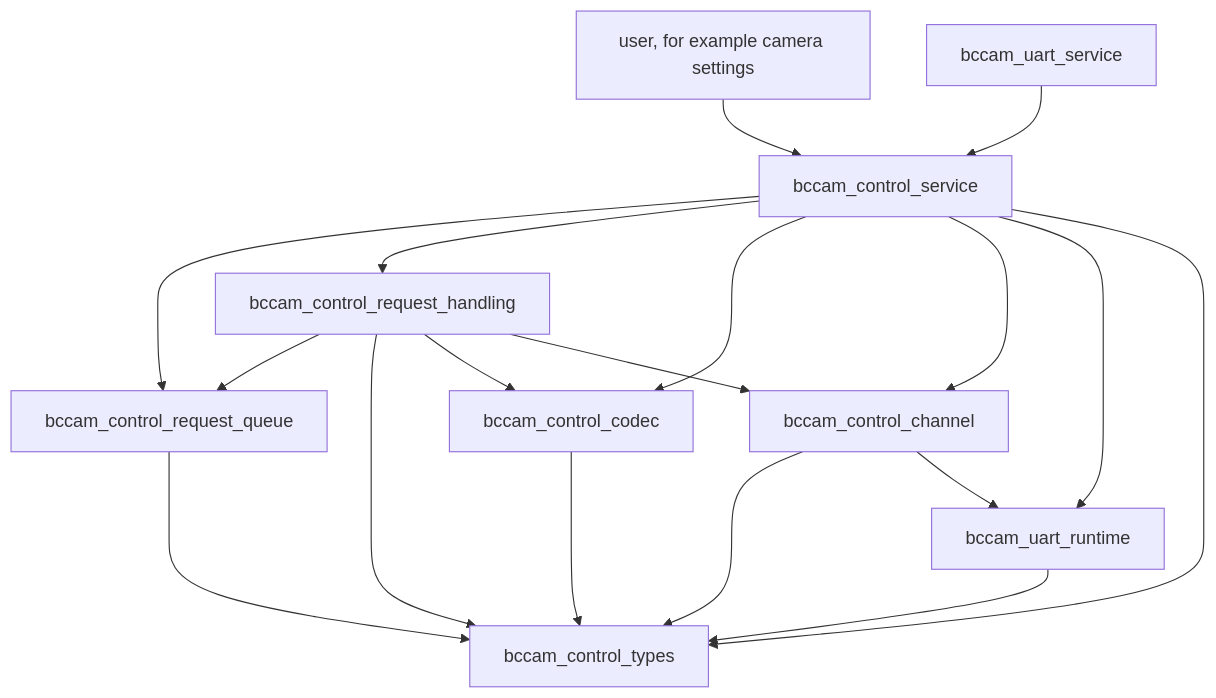
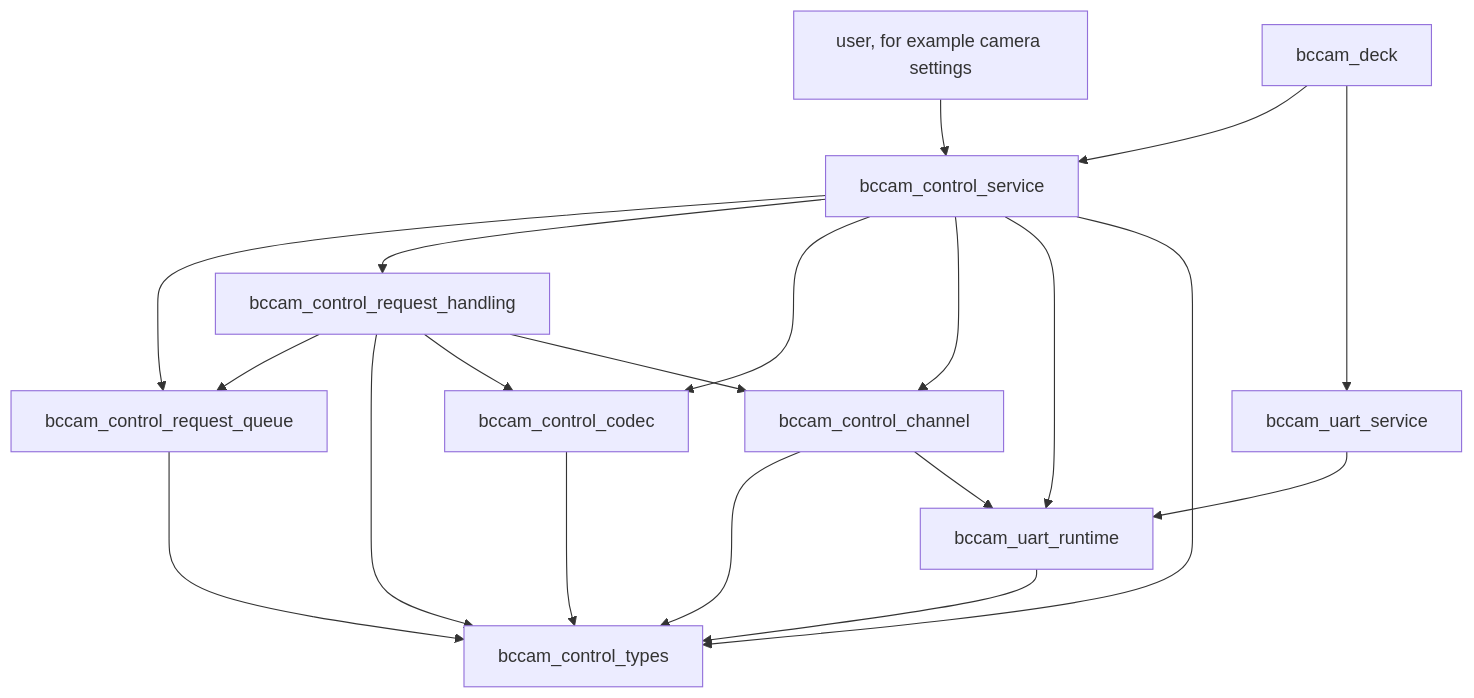
Before and after one commit to bitcraze/crazyflie-firmware: the third of 10 diagrams in docs/functional-areas/camera-deck-control.md, drawn with Mermaid. The commit also changed other lines of this file, not shown here.

````diff
--- a/docs/functional-areas/camera-deck-control.md
+++ b/docs/functional-areas/camera-deck-control.md
@@ -389,36 +395,39 @@
 ```mermaid
 flowchart TB
     user["user, for example camera settings"]
+    deck["bccam_deck"]
     uart_service["bccam_uart_service"]
 
     service["bccam_control_service"]
     handling["bccam_control_request_handling"]
     queue["bccam_control_request_queue"]
     codec["bccam_control_codec"]
     channel["bccam_control_channel"]
 
     types["bccam_control_types"]
     runtime["bccam_uart_runtime"]
 
     user --> service
-    uart_service --> service
+    deck --> service
+    deck --> uart_service
+    uart_service --> runtime
 
     service --> queue
     service --> handling
     service --> codec
     service --> channel
 
     handling --> queue
     handling --> types
     handling --> codec
     handling --> channel
 
     queue --> types
     codec --> types
     channel --> types
 
     service --> runtime
     service --> types
     channel --> runtime
     runtime --> types
 ```
````
